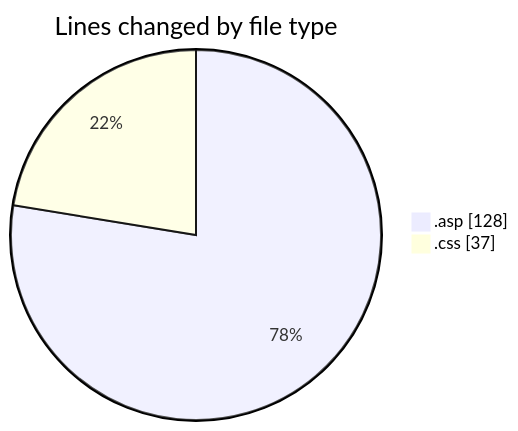
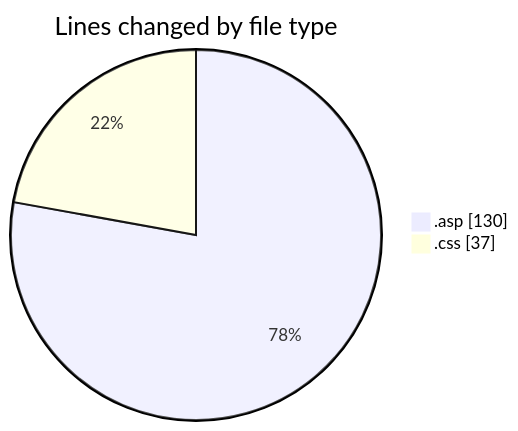
One commit to julien-gomy/code-tracking changed the first of 2 diagrams in 2025-11-02/cdp_aleoudev_fr__workspace_/README.md. Above: the diagram before and after it, drawn with Mermaid. The commit also changed other lines of this file and 1 other file, not shown here.

````diff
--- a/2025-11-02/cdp_aleoudev_fr__workspace_/README.md
+++ b/2025-11-02/cdp_aleoudev_fr__workspace_/README.md
@@ -23,6 +23,6 @@
 ```mermaid
 pie showData
 title Lines changed by file type
-".asp" : 128
+".asp" : 130
 ".css" : 37
 ```
````
